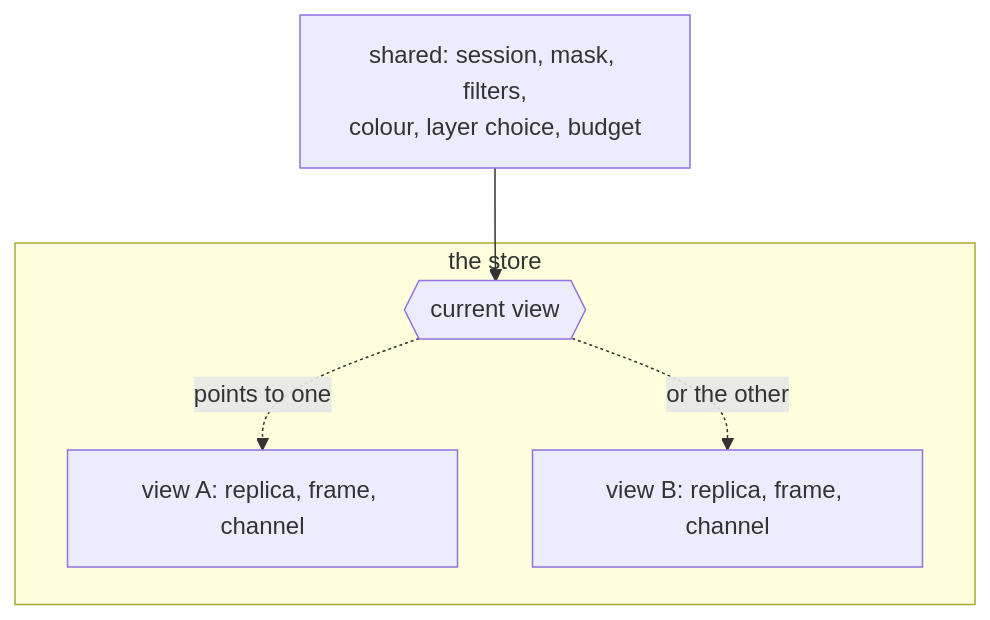
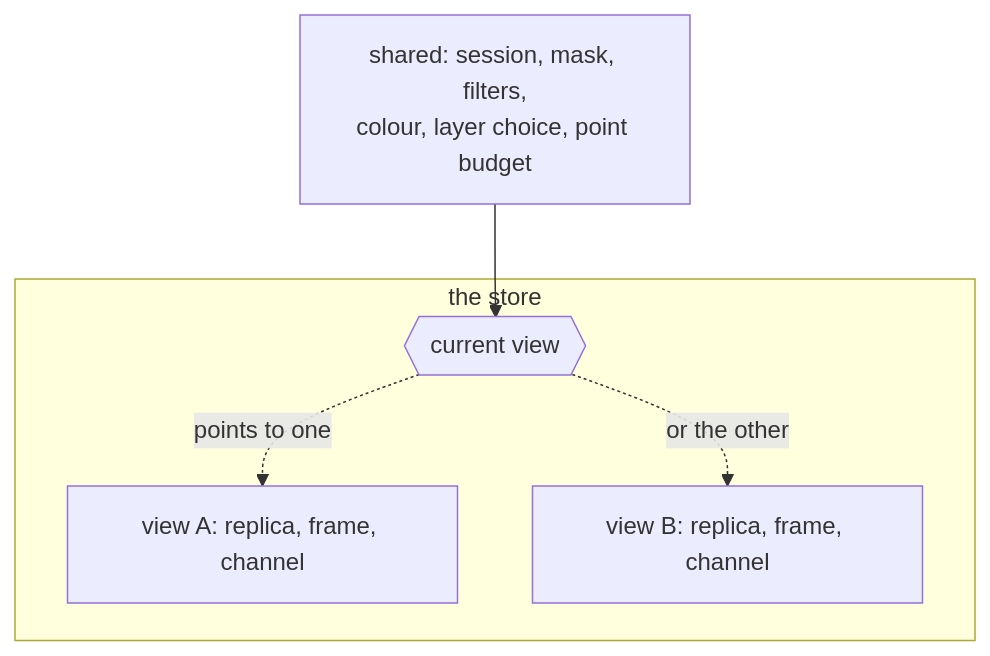
One commit to jennis0/tesseradb changed the fourth of 4 diagrams in docs/system/clients.md. Above: the diagram before and after it, drawn with Mermaid. The commit also changed other lines of this file, not shown here.

````diff
--- a/docs/system/clients.md
+++ b/docs/system/clients.md
@@ -123,12 +174,12 @@
 ```mermaid
 flowchart TB
-  shared["shared: session, mask, filters,<br/>colour, layer choice, budget"]
+  shared["shared: session, mask, filters,<br/>colour, layer choice, point budget"]
   subgraph store["the store"]
     cur{{"current view"}}
     A["view A: replica, frame, channel"]
     B["view B: replica, frame, channel"]
   end
   shared --> cur
   cur -. "points to one" .-> A
   cur -. "or the other" .-> B
 ```
````
